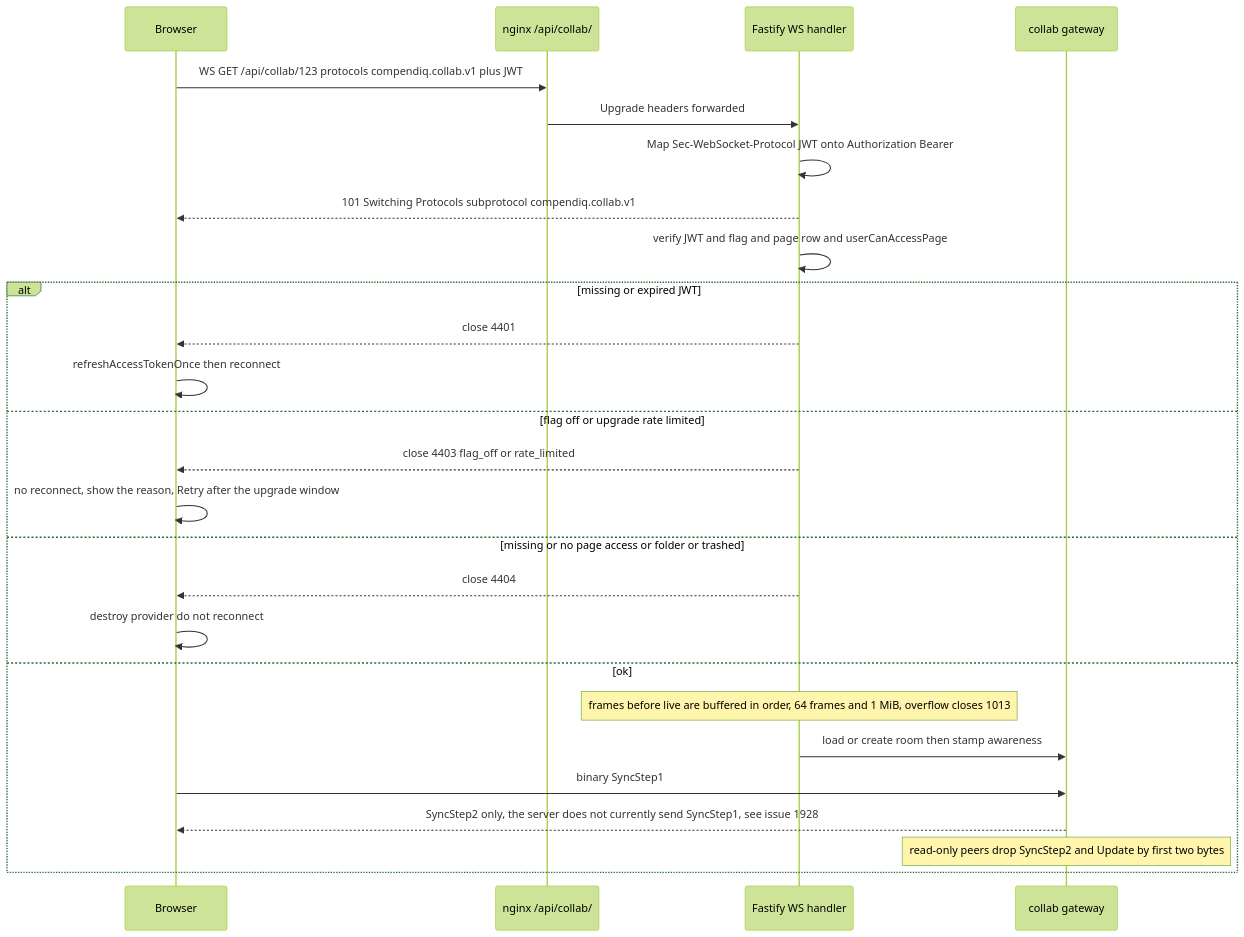
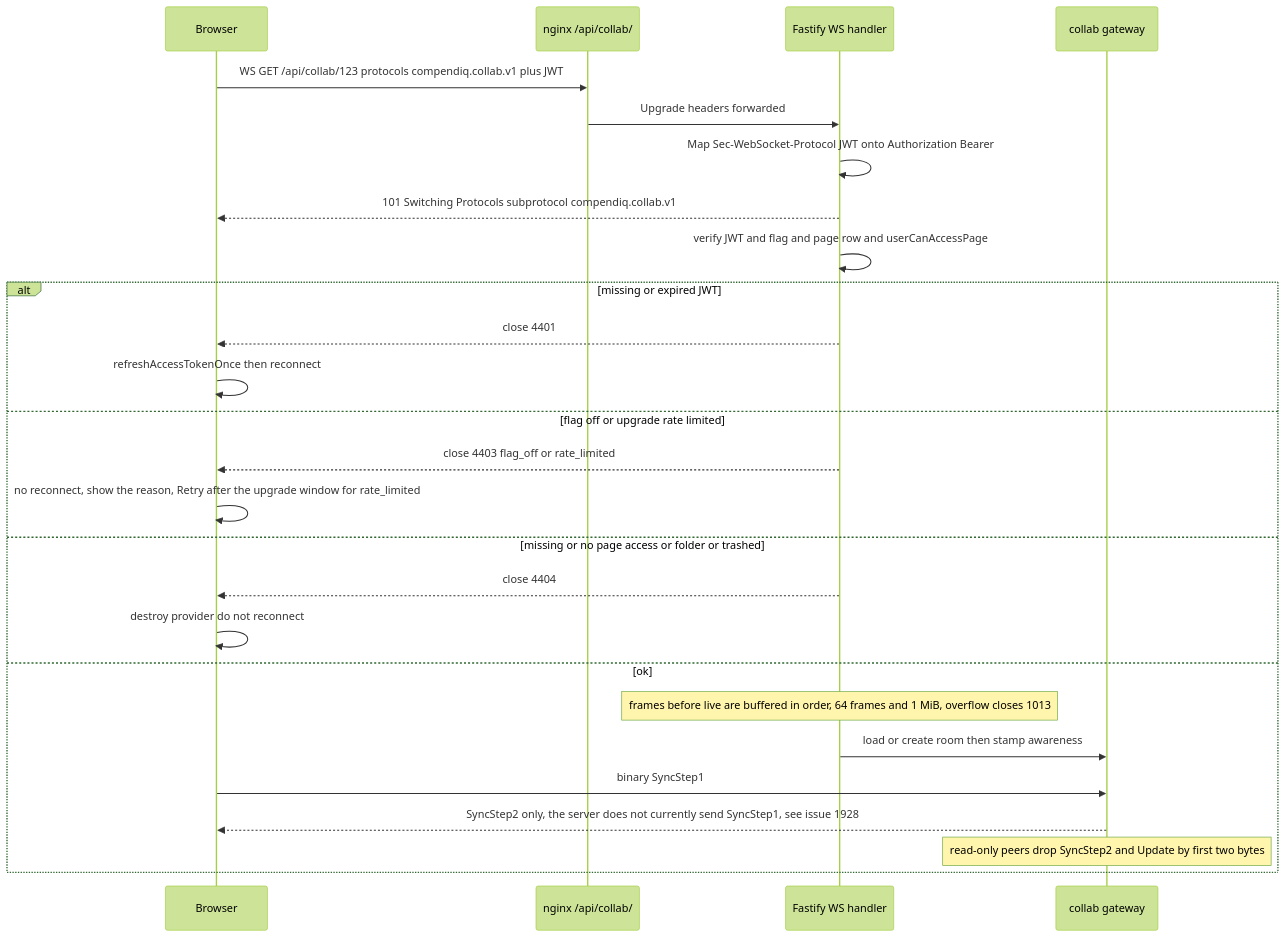
Before and after one commit to Compendiq/compendiq-ce: the second of 3 diagrams in docs/architecture/12-realtime-collaboration.md, drawn with Mermaid (forest theme). The commit also changed 6 other files, not shown here.

````diff
--- a/docs/architecture/12-realtime-collaboration.md
+++ b/docs/architecture/12-realtime-collaboration.md
@@ -90,29 +90,29 @@
 ```mermaid
 sequenceDiagram
     participant B as Browser
     participant N as nginx /api/collab/
     participant F as Fastify WS handler
     participant G as collab gateway
 
     B->>N: WS GET /api/collab/123 protocols compendiq.collab.v1 plus JWT
     N->>F: Upgrade headers forwarded
     F->>F: Map Sec-WebSocket-Protocol JWT onto Authorization Bearer
     F-->>B: 101 Switching Protocols subprotocol compendiq.collab.v1
     F->>F: verify JWT and flag and page row and userCanAccessPage
     alt missing or expired JWT
         F-->>B: close 4401
         B->>B: refreshAccessTokenOnce then reconnect
     else flag off or upgrade rate limited
         F-->>B: close 4403 flag_off or rate_limited
-        B->>B: no reconnect, show the reason, Retry after the upgrade window
+        B->>B: no reconnect, show the reason, Retry after the upgrade window for rate_limited
     else missing or no page access or folder or trashed
         F-->>B: close 4404
         B->>B: destroy provider do not reconnect
     else ok
         Note over F: frames before live are buffered in order, 64 frames and 1 MiB, overflow closes 1013
         F->>G: load or create room then stamp awareness
         B->>G: binary SyncStep1
         G-->>B: SyncStep2 only, the server does not currently send SyncStep1, see issue 1928
         Note over G: read-only peers drop SyncStep2 and Update by first two bytes
     end
 ```
````
